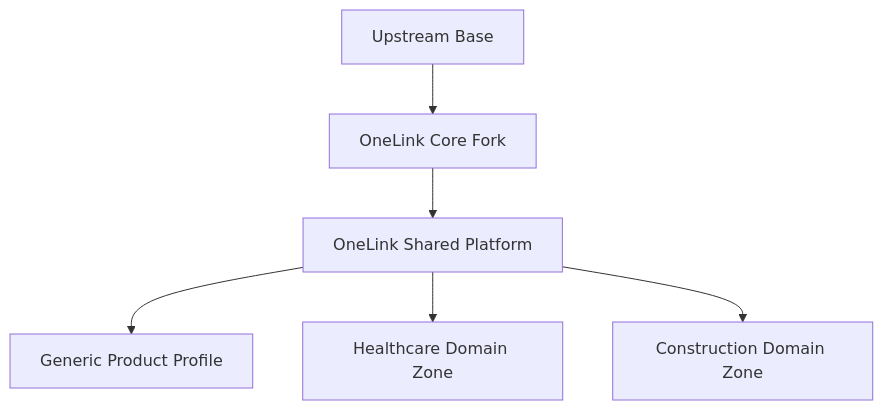
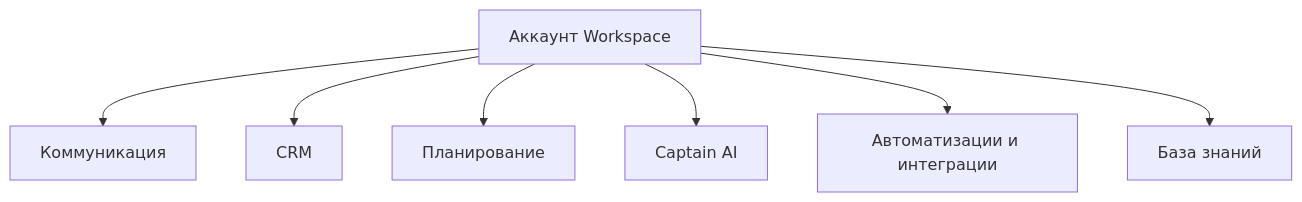
The diagram in platform/overview.mdx (demomastra2025-eng/onelink-docs), drawn with Mermaid before and after one commit. The commit also changed other lines of this file and 305 other files, not shown here.

````diff
--- a/platform/overview.mdx
+++ b/platform/overview.mdx
@@ -39,8 +23,9 @@
 ```mermaid
 flowchart TD
-    A[Upstream Base] --> B[OneLink Core Fork]
-    B --> C[OneLink Shared Platform]
-    C --> D[Generic Product Profile]
-    C --> E[Healthcare Domain Zone]
-    C --> F[Construction Domain Zone]
+    A[Аккаунт Workspace] --> B[Коммуникация]
+    A --> C[CRM]
+    A --> D[Планирование]
+    A --> E[Captain AI]
+    A --> F[Автоматизации и интеграции]
+    A --> G[База знаний]
 ```
````
